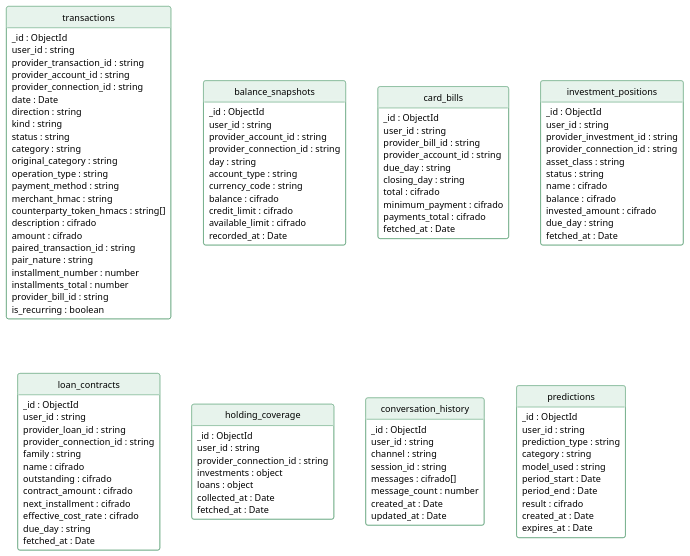
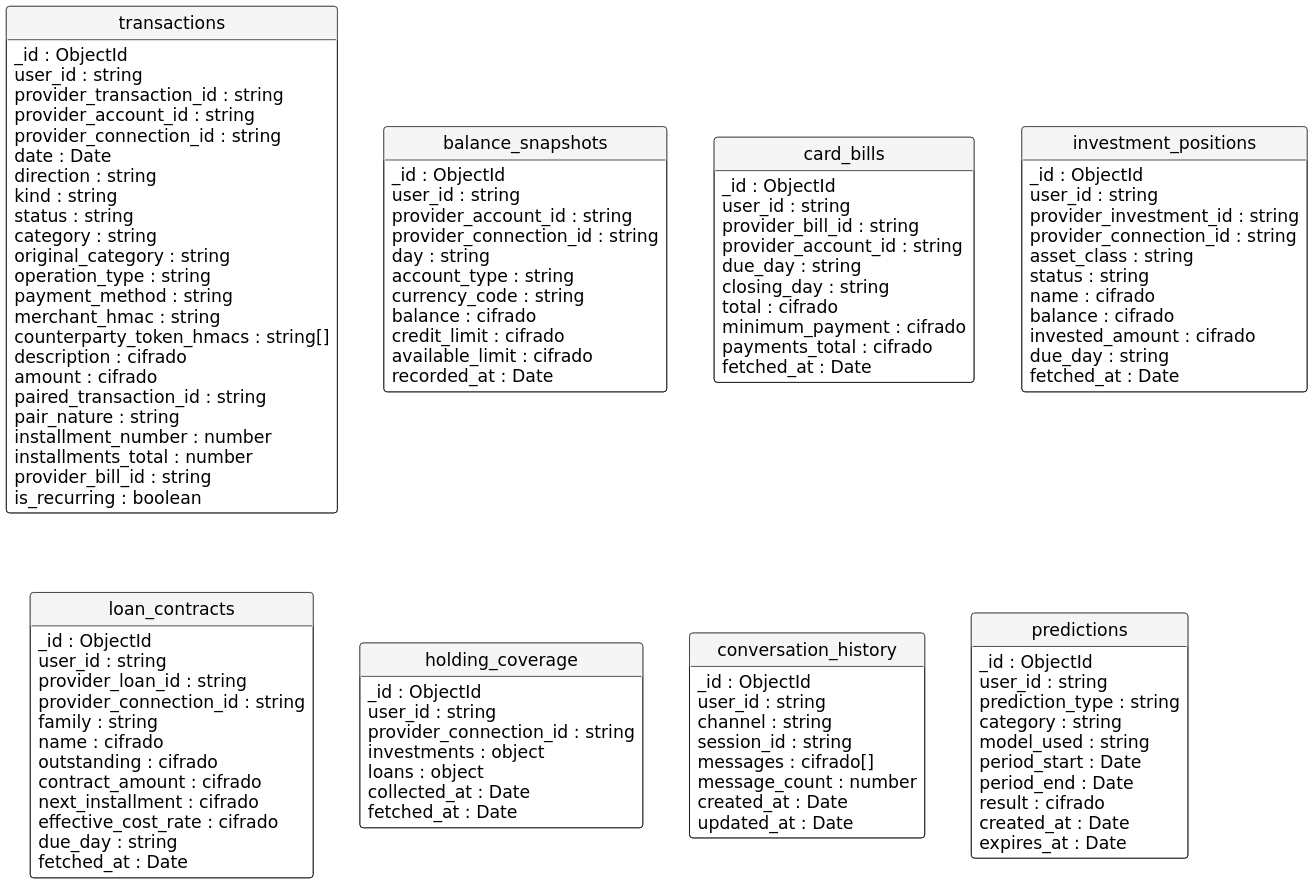
Before and after one commit to eigam-corp/thesis: the diagram in puml/mongo.puml, drawn with PlantUML. The commit also changed 198 other files, not shown here.

```diff
--- a/puml/mongo.puml
+++ b/puml/mongo.puml
@@ -1,138 +1,141 @@
 @startuml mongo
-skinparam defaultFontName Arial
+skinparam defaultFontName "DejaVu Sans"
 skinparam shadowing false
-skinparam dpi 150
+skinparam monochrome true
+skinparam dpi 220
+skinparam defaultFontSize 14
+skinparam ArrowThickness 1.3
 hide circle
 hide methods
 skinparam class {
-    BackgroundColor #FFFFFF
-    BorderColor #3E8E5E
-    HeaderBackgroundColor #E7F3EC
-    FontSize 11
-    AttributeFontSize 10
+    BackgroundColor White
+    BorderColor Black
+    HeaderBackgroundColor WhiteSmoke
+    FontSize 14
+    AttributeFontSize 13
 }
 
 entity transactions {
     _id : ObjectId
     user_id : string
     provider_transaction_id : string
     provider_account_id : string
     provider_connection_id : string
     date : Date
     direction : string
     kind : string
     status : string
     category : string
     original_category : string
     operation_type : string
     payment_method : string
     merchant_hmac : string
     counterparty_token_hmacs : string[]
     description : cifrado
     amount : cifrado
     paired_transaction_id : string
     pair_nature : string
     installment_number : number
     installments_total : number
     provider_bill_id : string
     is_recurring : boolean
 }
 
 entity balance_snapshots {
     _id : ObjectId
     user_id : string
     provider_account_id : string
     provider_connection_id : string
     day : string
     account_type : string
     currency_code : string
     balance : cifrado
     credit_limit : cifrado
     available_limit : cifrado
     recorded_at : Date
 }
 
 entity card_bills {
     _id : ObjectId
     user_id : string
     provider_bill_id : string
     provider_account_id : string
     due_day : string
     closing_day : string
     total : cifrado
     minimum_payment : cifrado
     payments_total : cifrado
     fetched_at : Date
 }
 
 entity investment_positions {
     _id : ObjectId
     user_id : string
     provider_investment_id : string
     provider_connection_id : string
     asset_class : string
     status : string
     name : cifrado
     balance : cifrado
     invested_amount : cifrado
     due_day : string
     fetched_at : Date
 }
 
 entity loan_contracts {
     _id : ObjectId
     user_id : string
     provider_loan_id : string
     provider_connection_id : string
     family : string
     name : cifrado
     outstanding : cifrado
     contract_amount : cifrado
     next_installment : cifrado
     effective_cost_rate : cifrado
     due_day : string
     fetched_at : Date
 }
 
 entity holding_coverage {
     _id : ObjectId
     user_id : string
     provider_connection_id : string
     investments : object
     loans : object
     collected_at : Date
     fetched_at : Date
 }
 
 entity conversation_history {
     _id : ObjectId
     user_id : string
     channel : string
     session_id : string
     messages : cifrado[]
     message_count : number
     created_at : Date
     updated_at : Date
 }
 
 entity predictions {
     _id : ObjectId
     user_id : string
     prediction_type : string
     category : string
     model_used : string
     period_start : Date
     period_end : Date
     result : cifrado
     created_at : Date
     expires_at : Date
 }
 
 transactions -[hidden]right- balance_snapshots
 balance_snapshots -[hidden]right- card_bills
 card_bills -[hidden]right- investment_positions
 transactions -[hidden]down- loan_contracts
 loan_contracts -[hidden]right- holding_coverage
 holding_coverage -[hidden]right- conversation_history
 conversation_history -[hidden]right- predictions
 @enduml
```
